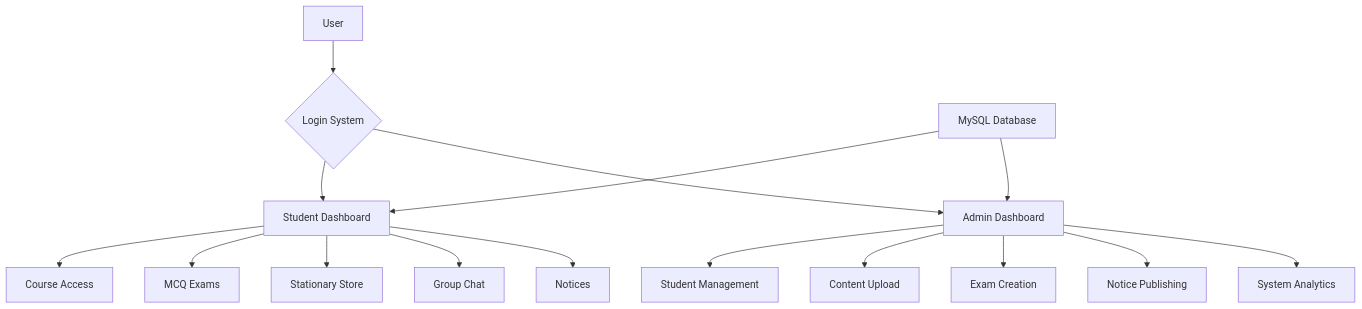
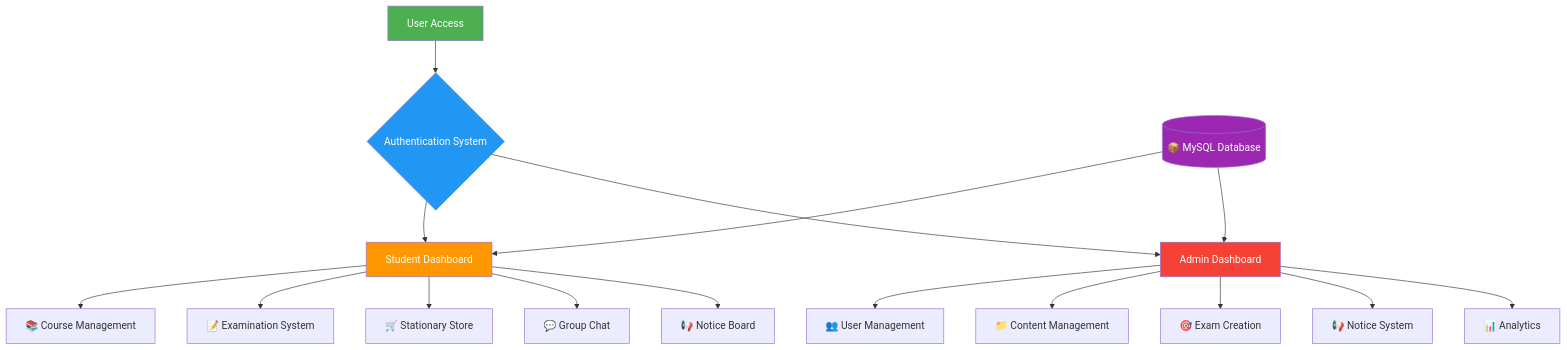
One commit to omijr123/StudyBuddy-Smart-Learning-Campus-Management-Portal changed the diagram in README.md. Above: the diagram before and after it, drawn with Mermaid. The commit also changed other lines of this file, not shown here.

````diff
--- a/README.md
+++ b/README.md
@@ -151,21 +105,27 @@
 ```mermaid
 graph TB
-    A[User] --> B{Login System}
+    A[User Access] --> B{Authentication System}
     B --> C[Student Dashboard]
     B --> D[Admin Dashboard]
     
-    C --> C1[Course Access]
-    C --> C2[MCQ Exams]
-    C --> C3[Stationary Store]
-    C --> C4[Group Chat]
-    C --> C5[Notices]
+    C --> C1[📚 Course Management]
+    C --> C2[📝 Examination System]
+    C --> C3[🛒 Stationary Store]
+    C --> C4[💬 Group Chat]
+    C --> C5[📢 Notice Board]
     
-    D --> D1[Student Management]
-    D --> D2[Content Upload]
-    D --> D3[Exam Creation]
-    D --> D4[Notice Publishing]
-    D --> D5[System Analytics]
+    D --> D1[👥 User Management]
+    D --> D2[📁 Content Management]
+    D --> D3[🎯 Exam Creation]
+    D --> D4[📢 Notice System]
+    D --> D5[📊 Analytics]
     
-    E[MySQL Database] --> C
+    E[(📦 MySQL Database)] --> C
     E --> D
+    
+    style A fill:#4CAF50,color:white
+    style B fill:#2196F3,color:white
+    style C fill:#FF9800,color:white
+    style D fill:#F44336,color:white
+    style E fill:#9C27B0,color:white
 ```
````
